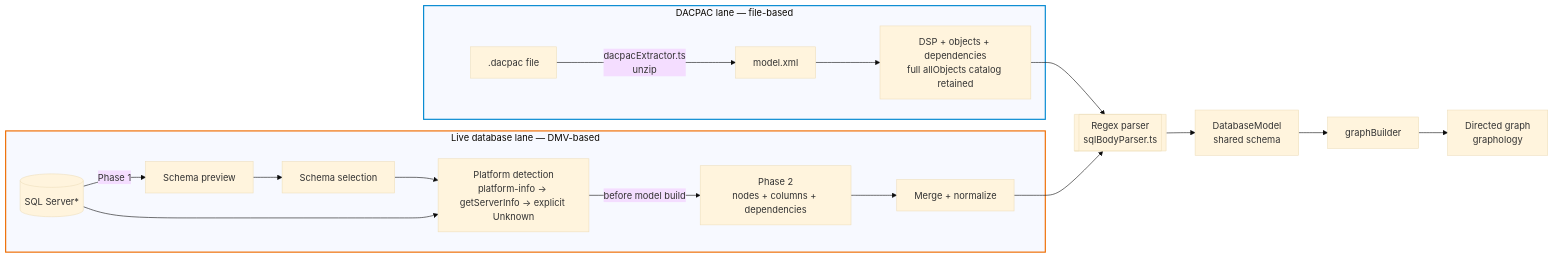
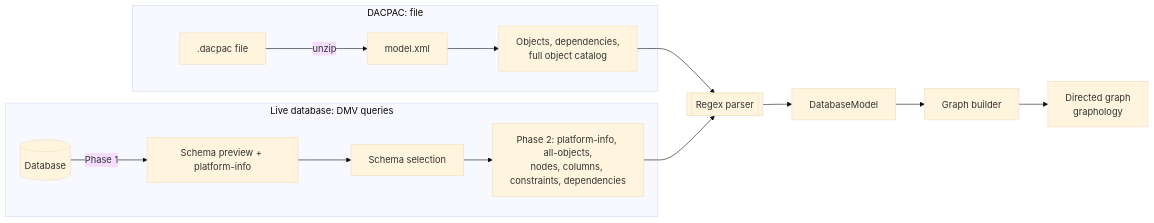
Before and after one commit to ChrisDevRepo/vscode_data_lineage: the diagram in docs/DEVELOPER_GUIDE.md, drawn with Mermaid (base theme). The commit also changed other lines of this file and 22 other files, not shown here.

````diff
--- a/docs/DEVELOPER_GUIDE.md
+++ b/docs/DEVELOPER_GUIDE.md
@@ -79,22 +53,16 @@
 ```mermaid
 flowchart LR
-    subgraph DACPAC[DACPAC lane — file-based]
-        DP[.dacpac file] -->|dacpacExtractor.ts<br/>unzip| MX[model.xml]
-        MX --> DX["DSP + objects + dependencies<br/>full allObjects catalog retained"]
+    subgraph DACPAC[DACPAC: file]
+        DP[.dacpac file] -->|unzip| MX[model.xml]
+        MX --> DX[Objects, dependencies,<br/>full object catalog]
     end
-    subgraph LIVE[Live database lane — DMV-based]
-        SRV[(SQL Server*)] -->|Phase 1| CAT[Schema preview]
-        CAT --> SELECT[Schema selection]
-        SELECT --> PI["Platform detection<br/>platform-info → getServerInfo → explicit Unknown"]
-        SRV --> PI
-        PI -->|before model build| DDL["Phase 2<br/>nodes + columns + dependencies"]
-        DDL --> MERGE[Merge + normalize]
+    subgraph LIVE[Live database: DMV queries]
+        SRV[(Database)] -->|Phase 1| CAT[Schema preview + platform-info]
+        CAT --> SEL[Schema selection]
+        SEL --> DDL[Phase 2: platform-info, all-objects,<br/>nodes, columns, constraints, dependencies]
     end
-    DX --> PARSE[[Regex parser<br/>sqlBodyParser.ts]]
-    MERGE --> PARSE
-    PARSE --> DM[DatabaseModel<br/>shared schema]
-    DM --> GB[graphBuilder] --> G[Directed graph<br/>graphology]
-
-    style DACPAC stroke:#0288d1,stroke-width:2px
-    style LIVE stroke:#ef6c00,stroke-width:2px
+    DX --> PARSE[[Regex parser]]
+    DDL --> PARSE
+    PARSE --> DM[DatabaseModel]
+    DM --> GB[Graph builder] --> G[Directed graph<br/>graphology]
 ```
````
